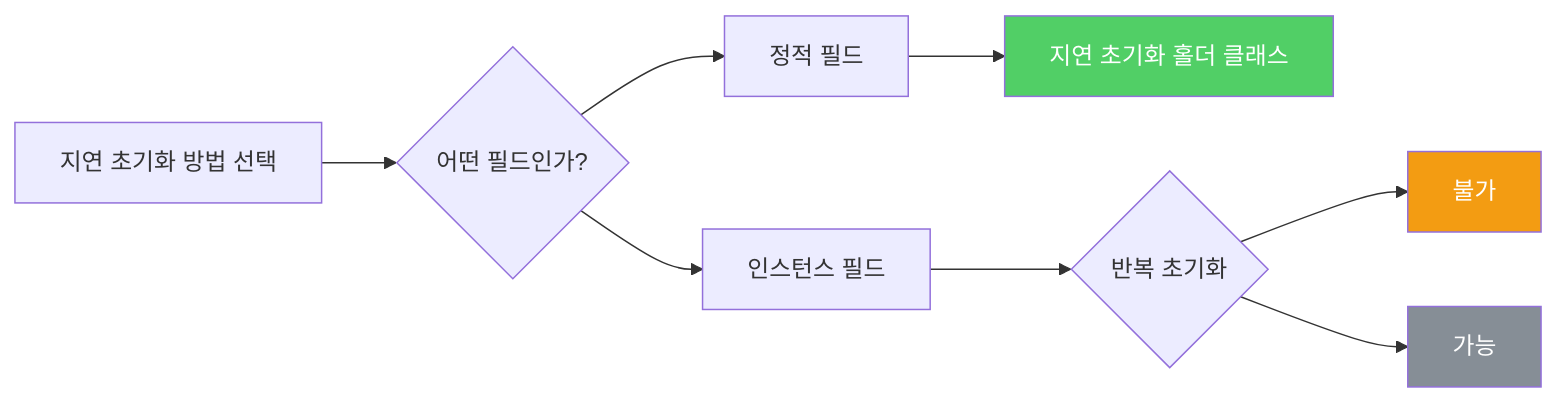
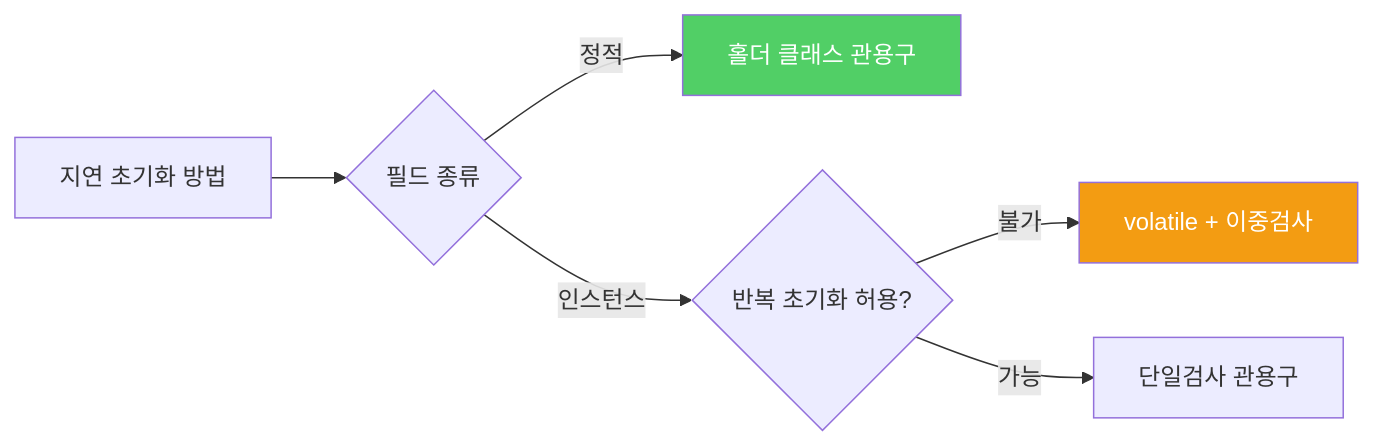
The diagram in _posts/java/2022-03-06-effective-java83.md (yjkim2015/yjkim2015.github.io), drawn with Mermaid before and after one commit. The commit also changed 245 other files, not shown here.

First line of the commit message:
Mermaid 다이어그램 전면 수정 + 면접 포인트 접기/펼치기 + DB 데드락 페이지

````diff
--- a/_posts/java/2022-03-06-effective-java83.md
+++ b/_posts/java/2022-03-06-effective-java83.md
@@ -105,13 +105,10 @@
 ```mermaid
 graph LR
-    A["지연 초기화 방법 선택"] --> B{"어떤 필드인가?"}
-    B --> C["정적 필드"]
-    B --> D["인스턴스 필드"]
-    C --> E["지연 초기화 홀더 클래스"]
-    D --> F{"반복 초기화"}
-    F --> G["불가"]
-    F --> H["가능"]
-    style E fill:#51cf66,color:#fff
-    style G fill:#f39c12,color:#fff
-    style H fill:#868e96,color:#fff
+    A["지연 초기화 방법"] --> B{"필드 종류"}
+    B -->|"정적"| C["홀더 클래스 관용구"]
+    B -->|"인스턴스"| D{"반복 초기화 허용?"}
+    D -->|"불가"| E["volatile + 이중검사"]
+    D -->|"가능"| F["단일검사 관용구"]
+    style C fill:#51cf66,color:#fff
+    style E fill:#f39c12,color:#fff
 ```
````
